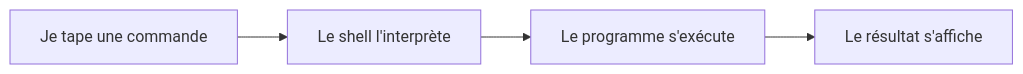
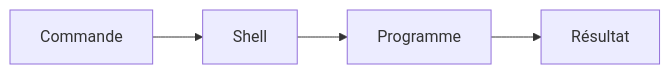
The diagram in 03 — Concepts/Terminal.md (galsen-76/Informatique-), drawn with Mermaid before and after one commit. The commit also changed 10 other files, not shown here.

First line of the commit message:
Concepts : diagrammes Mermaid raccourcis pour tenir en largeur

````diff
--- a/03 — Concepts/Terminal.md
+++ b/03 — Concepts/Terminal.md
@@ -46,6 +46,6 @@
 ```mermaid
 flowchart LR
-  A[Je tape une commande] --> B[Le shell l'interprète]
-  B --> C[Le programme s'exécute]
-  C --> D[Le résultat s'affiche]
+  A[Commande] --> B[Shell]
+  B --> C[Programme]
+  C --> D[Résultat]
 ```
````
